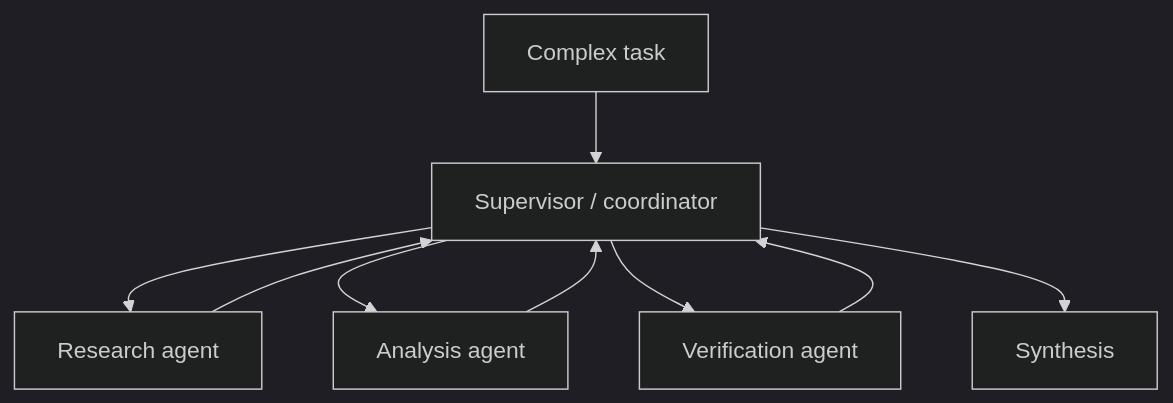
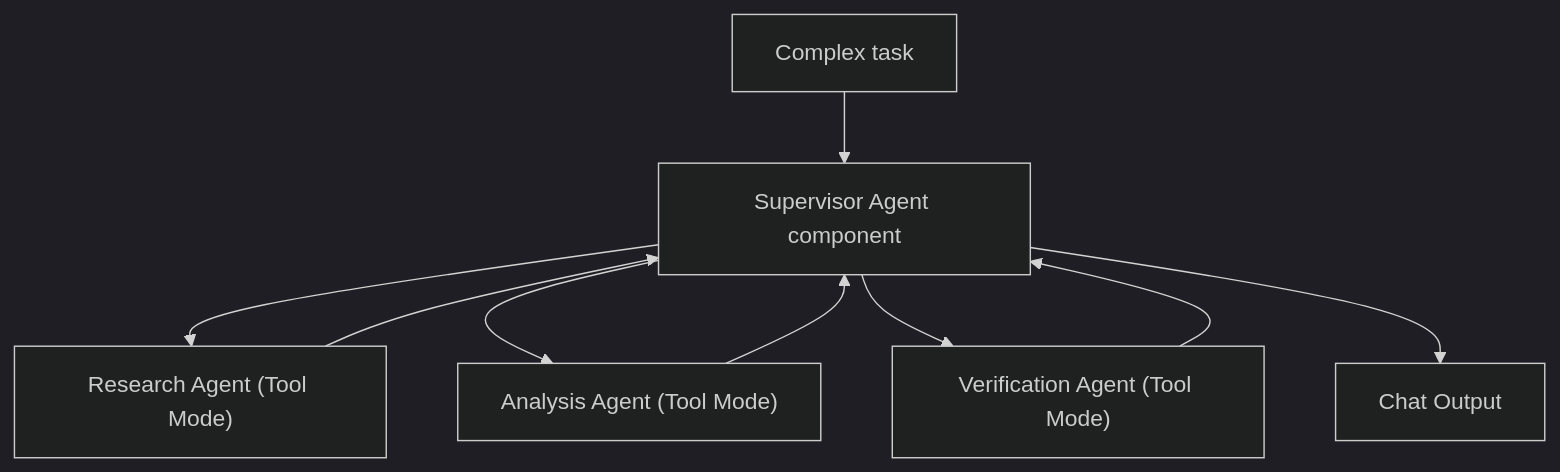
One commit to naren-allam/agents-beginners changed the first of 12 diagrams in book/chapters/chapter-03-multi-agent-systems-and-collaboration.md. Above: the diagram before and after it, drawn with Mermaid (dark theme). The commit also changed other lines of this file and 28 other files, not shown here.

````diff
--- a/book/chapters/chapter-03-multi-agent-systems-and-collaboration.md
+++ b/book/chapters/chapter-03-multi-agent-systems-and-collaboration.md
@@ -11,18 +11,18 @@
 ```mermaid
 flowchart TD
     Task["Complex task"]
-    Supervisor["Supervisor / coordinator"]
-    Research["Research agent"]
-    Analysis["Analysis agent"]
-    Verification["Verification agent"]
-    Synthesis["Synthesis"]
+    Supervisor["Supervisor Agent component"]
+    Research["Research Agent (Tool Mode)"]
+    Analysis["Analysis Agent (Tool Mode)"]
+    Verification["Verification Agent (Tool Mode)"]
+    Synthesis["Chat Output"]
 
     Task --> Supervisor
     Supervisor --> Research
     Supervisor --> Analysis
     Supervisor --> Verification
     Research --> Supervisor
     Analysis --> Supervisor
     Verification --> Supervisor
     Supervisor --> Synthesis
 ```
````
